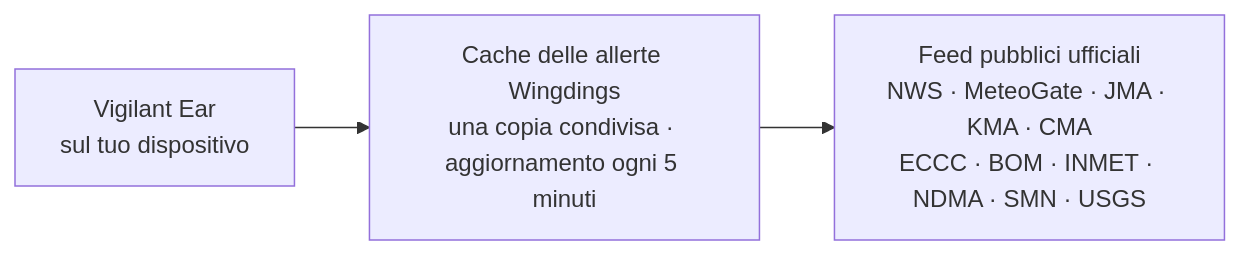
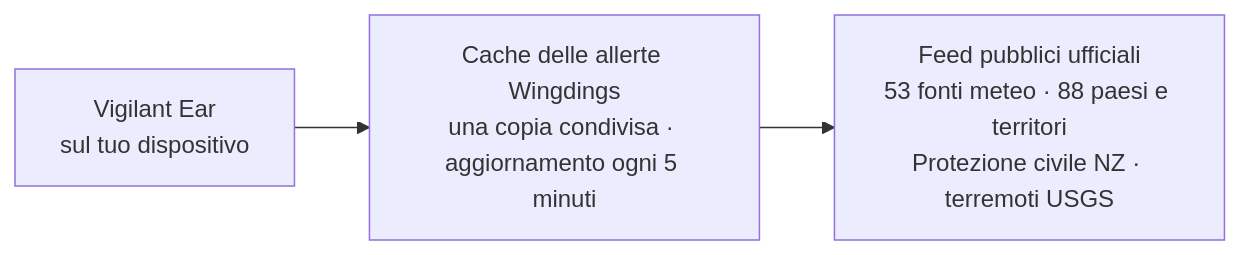
The fourth of 4 diagrams in README_it.md (rpalm01-star/VigilantEarLegal), drawn with Mermaid before and after one commit. The commit also changed other lines of this file and 44 other files, not shown here.

````diff
--- a/README_it.md
+++ b/README_it.md
@@ -171,5 +171,5 @@
 ```mermaid
 graph LR
     P1["Vigilant Ear<br/>sul tuo dispositivo"] --> W["Cache delle allerte Wingdings<br/>una copia condivisa · aggiornamento ogni 5 minuti"]
-    W --> N["Feed pubblici ufficiali<br/>NWS · MeteoGate · JMA · KMA · CMA<br/>ECCC · BOM · INMET · NDMA · SMN · USGS"]
+    W --> N["Feed pubblici ufficiali<br/>53 fonti meteo · 88 paesi e territori<br/>Protezione civile NZ · terremoti USGS"]
 ```
````
